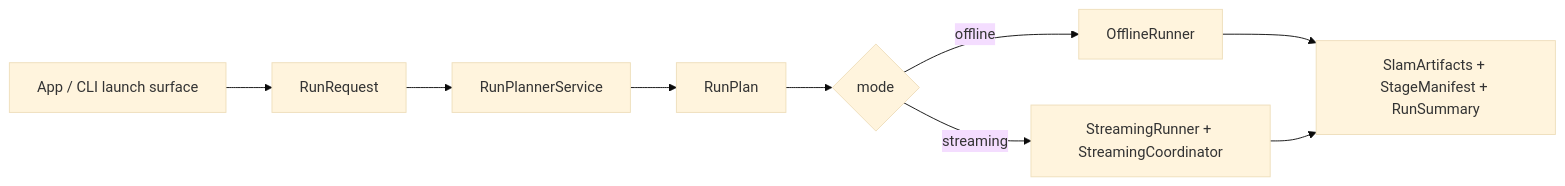
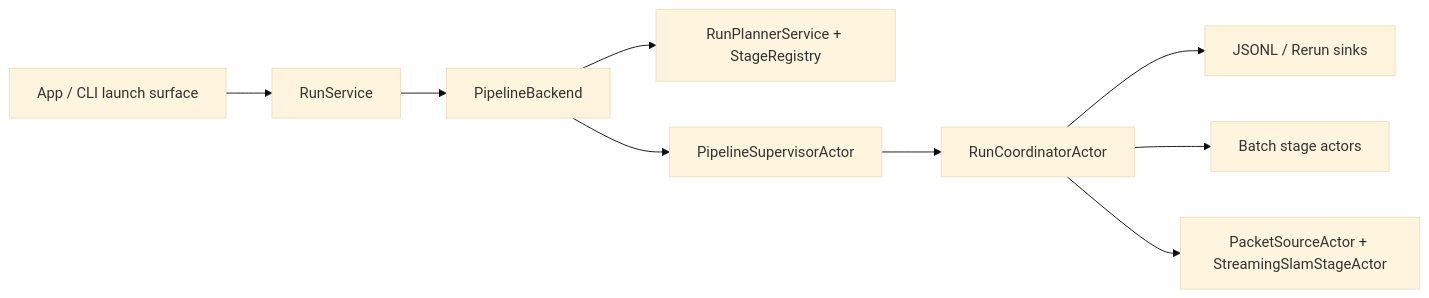
The first of 2 diagrams in src/prml_vslam/pipeline/README.md (JanDuchscherer104/prml-vslam), drawn with Mermaid (base theme) before and after one commit. The commit also changed other lines of this file and 101 other files, not shown here.

````diff
--- a/src/prml_vslam/pipeline/README.md
+++ b/src/prml_vslam/pipeline/README.md
@@ -71,11 +80,11 @@
 ```mermaid
 flowchart LR
-    app["App / CLI launch surface"] --> request["RunRequest"]
-    request --> planner["RunPlannerService"]
-    planner --> plan["RunPlan"]
-    plan --> runner{"mode"}
-    runner -->|offline| offline["OfflineRunner"]
-    runner -->|streaming| streaming["StreamingRunner + StreamingCoordinator"]
-    offline --> artifacts["SlamArtifacts + StageManifest + RunSummary"]
-    streaming --> artifacts
+    app["App / CLI launch surface"] --> service["RunService"]
+    service --> backend["PipelineBackend"]
+    backend --> planner["RunPlannerService + StageRegistry"]
+    backend --> supervisor["PipelineSupervisorActor"]
+    supervisor --> coord["RunCoordinatorActor"]
+    coord --> sinks["JSONL / Rerun sinks"]
+    coord --> batch["Batch stage actors"]
+    coord --> stream["PacketSourceActor + StreamingSlamStageActor"]
 ```
````
